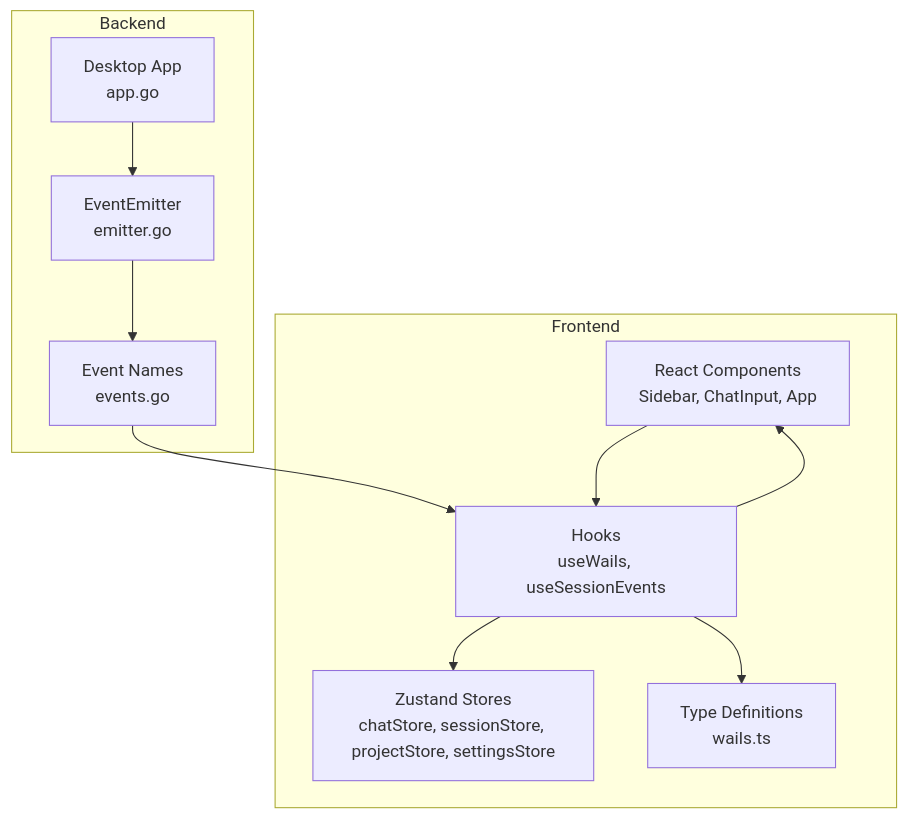
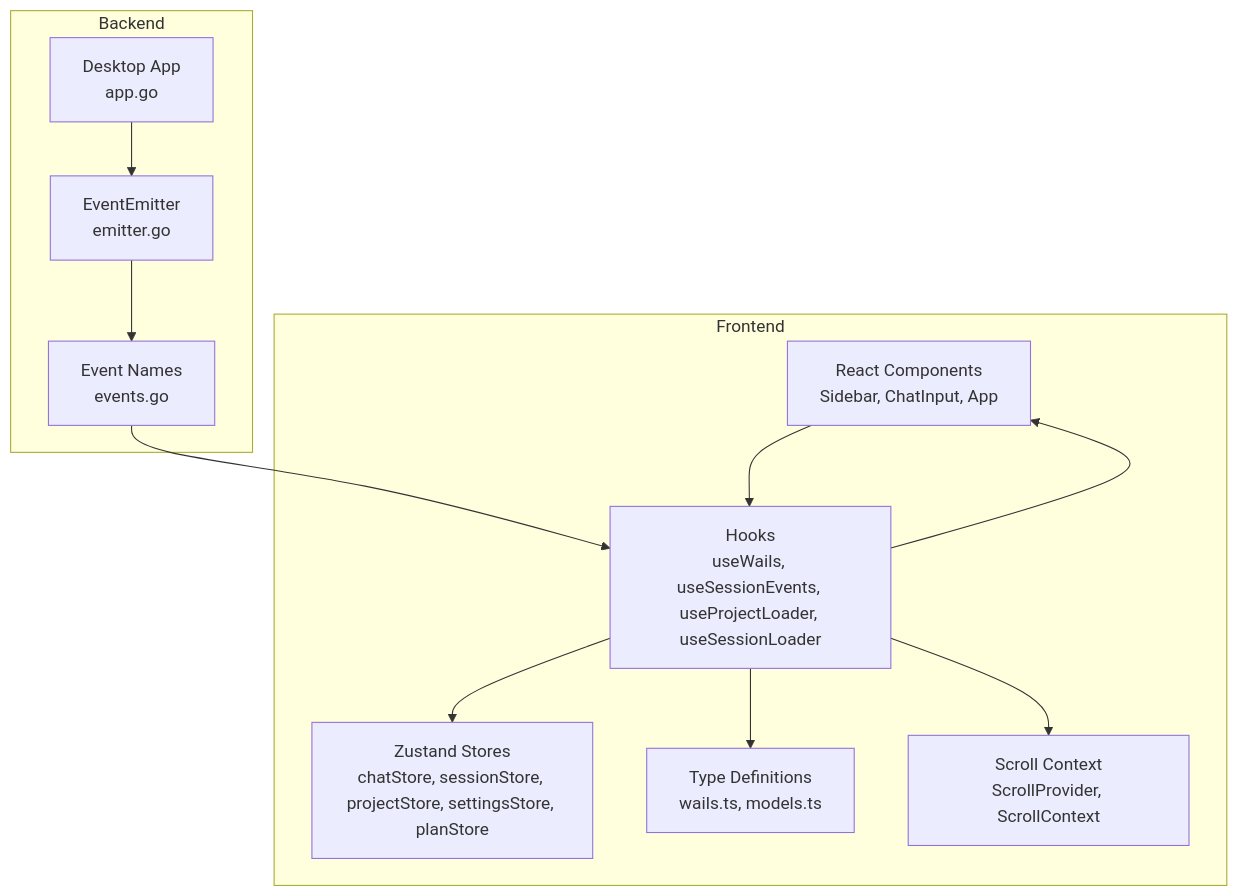
Before and after one commit to v0lka/c0wrk: the first of 6 diagrams in .qoder/repowiki/en/content/Frontend Application/State Management.md, drawn with Mermaid. The commit also changed other lines of this file and 13 other files, not shown here.

````diff
--- a/.qoder/repowiki/en/content/Frontend Application/State Management.md
+++ b/.qoder/repowiki/en/content/Frontend Application/State Management.md
@@ -47,21 +66,23 @@
 ```mermaid
 graph TB
 subgraph "Frontend"
 UI["React Components<br/>Sidebar, ChatInput, App"]
-Hooks["Hooks<br/>useWails, useSessionEvents"]
-Stores["Zustand Stores<br/>chatStore, sessionStore, projectStore, settingsStore"]
-Types["Type Definitions<br/>wails.ts"]
+Hooks["Hooks<br/>useWails, useSessionEvents, useProjectLoader, useSessionLoader"]
+Stores["Zustand Stores<br/>chatStore, sessionStore, projectStore, settingsStore, planStore"]
+Types["Type Definitions<br/>wails.ts, models.ts"]
+Scroll["Scroll Context<br/>ScrollProvider, ScrollContext"]
 end
 subgraph "Backend"
 Emitter["EventEmitter<br/>emitter.go"]
 Desktop["Desktop App<br/>app.go"]
 Events["Event Names<br/>events.go"]
 end
 UI --> Hooks
 Hooks --> Stores
 Hooks --> Types
+Hooks --> Scroll
 Desktop --> Emitter
 Emitter --> Events
 Events --> Hooks
 Hooks --> UI
 ```
````
